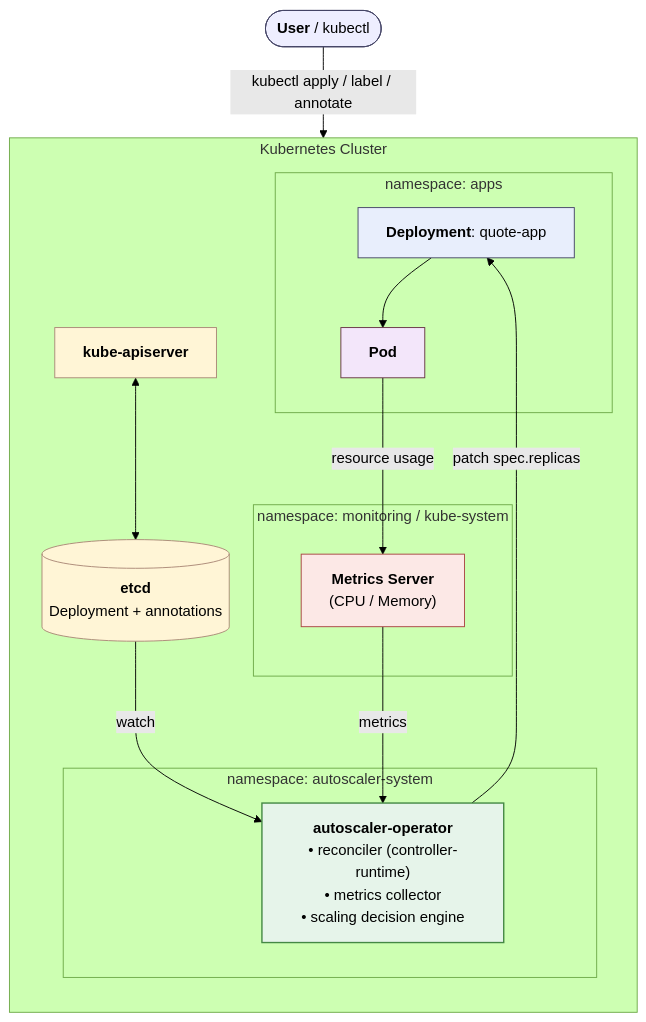
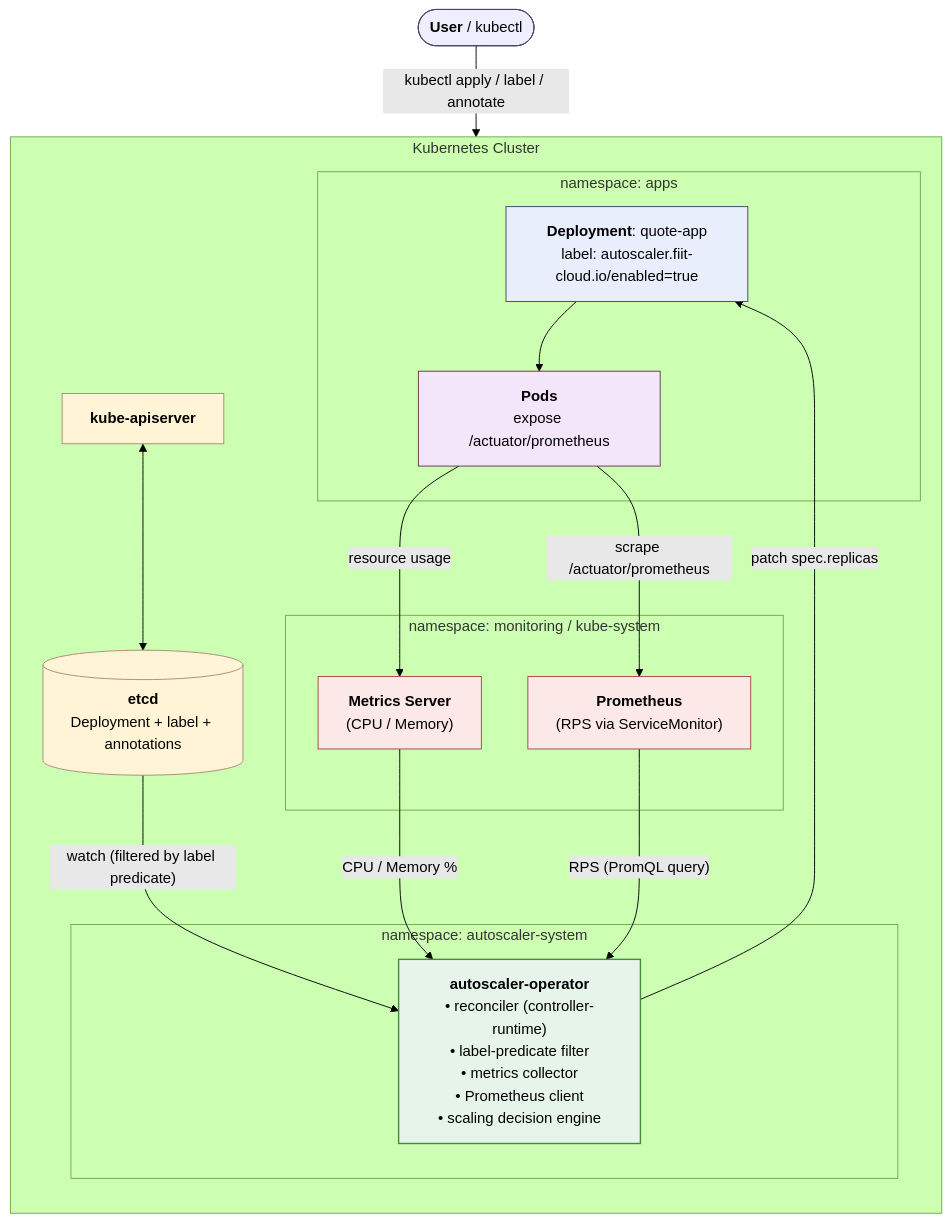
The first of 2 diagrams in DOCUMENTATION.md (K-o-m-A/fiit-cloud), drawn with Mermaid (forest theme) before and after one commit. The commit also changed other lines of this file, not shown here.

````diff
--- a/DOCUMENTATION.md
+++ b/DOCUMENTATION.md
@@ -54,45 +54,48 @@
 ```mermaid
 flowchart TD
     User(["<b>User</b> / kubectl"])
 
     subgraph Cluster["Kubernetes Cluster"]
         direction TB
         API["<b>kube-apiserver</b>"]
-        ETCD[("<b>etcd</b><br/>Deployment + annotations")]
+        ETCD[("<b>etcd</b><br/>Deployment + label + annotations")]
 
         subgraph OPNS["namespace: autoscaler-system"]
-            OP["<b>autoscaler-operator</b><br/>• reconciler (controller-runtime)<br/>• metrics collector<br/>• scaling decision engine"]
+            OP["<b>autoscaler-operator</b><br/>• reconciler (controller-runtime)<br/>• label-predicate filter<br/>• metrics collector<br/>• Prometheus client<br/>• scaling decision engine"]
         end
 
         subgraph MNS["namespace: monitoring / kube-system"]
             MS["<b>Metrics Server</b><br/>(CPU / Memory)"]
+            PROM["<b>Prometheus</b><br/>(RPS via ServiceMonitor)"]
         end
 
         subgraph ANS["namespace: apps"]
-            DEP["<b>Deployment</b>: quote-app"]
-            PODS["<b>Pod</b>"]
+            DEP["<b>Deployment</b>: quote-app<br/>label: autoscaler.fiit-cloud.io/enabled=true"]
+            PODS["<b>Pods</b><br/>expose /actuator/prometheus"]
         end
     end
 
     User -- "kubectl apply / label / annotate" --> API
     API <--> ETCD
-    ETCD -- "watch" --> OP
-    MS -- "metrics" --> OP
+    ETCD -- "watch (filtered by label predicate)" --> OP
+    MS -- "CPU / Memory %" --> OP
+    PROM -- "RPS (PromQL query)" --> OP
     OP -- "patch spec.replicas" --> DEP
     DEP --> PODS
     PODS -- "resource usage" --> MS
+    PODS -- "scrape /actuator/prometheus" --> PROM
 
     classDef user fill:#eef,stroke:#446,stroke-width:1px;
     classDef cp fill:#fff5d6,stroke:#a87,stroke-width:1px;
     classDef op fill:#e6f4ea,stroke:#484,stroke-width:1.5px;
     classDef deployment fill:#e8eefc,stroke:#446,stroke-width:1px;
     classDef pods fill:#f3e6fa,stroke:#634,stroke-width:1px;
     classDef metrics fill:#fce8e6,stroke:#a44,stroke-width:1px;
 
     class User user;
     class API,ETCD cp;
     class OP op;
     class DEP deployment;
     class PODS pods;
-    class MS metrics;
+    class MS,PROM metrics;
 ```
````
